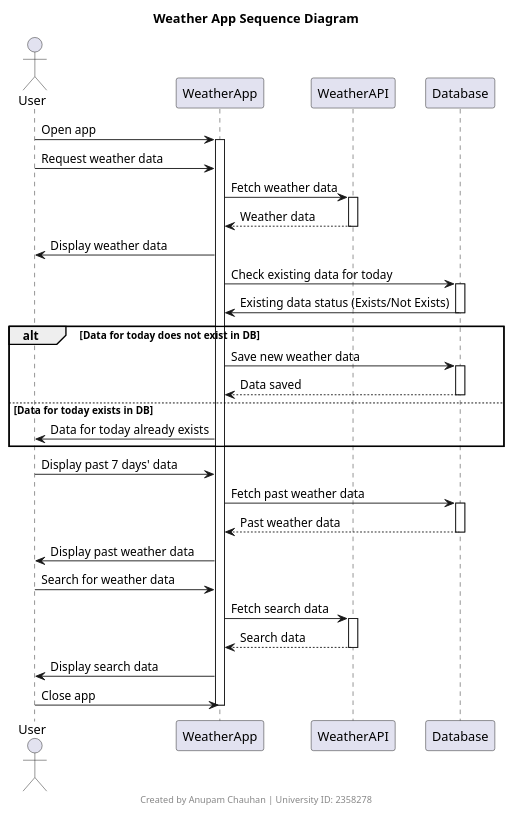
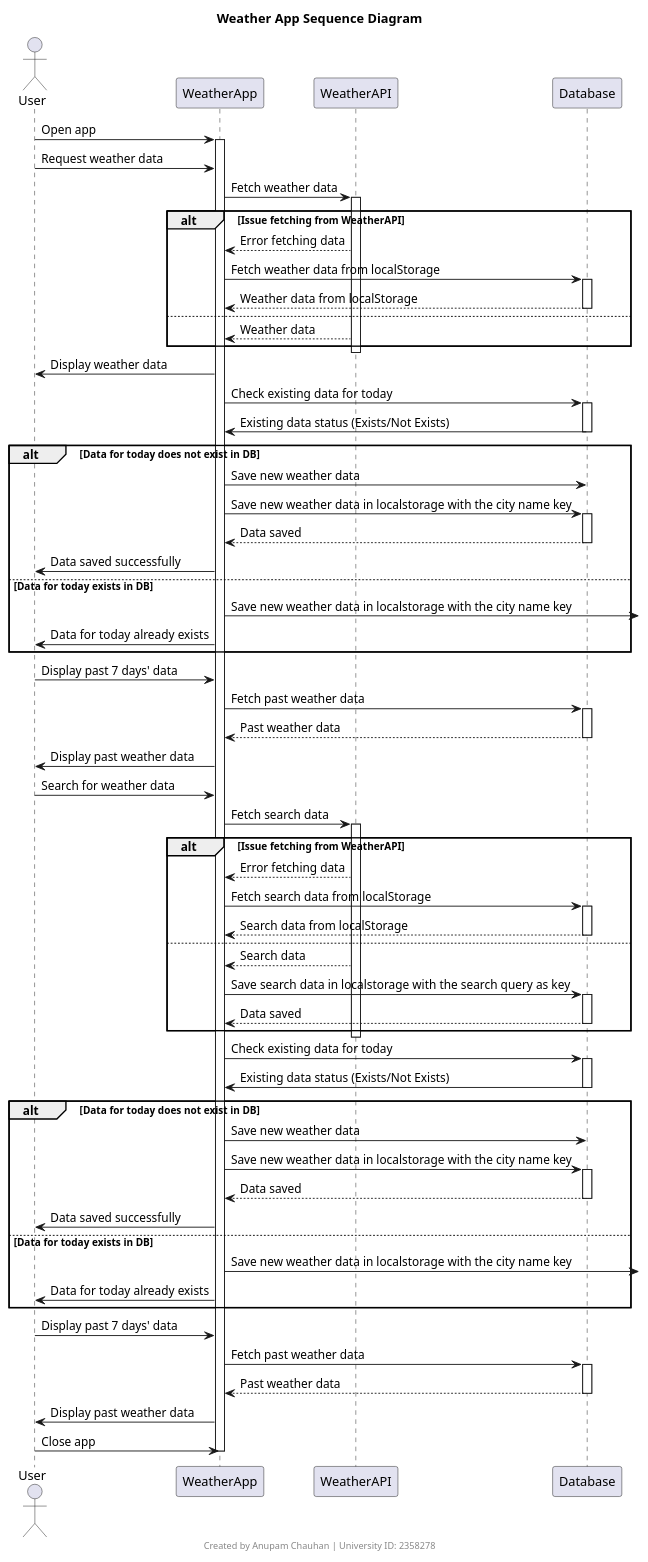
One commit to luckyklyist/WeatherAPP-ISA-SEM-2 changed the diagram in uml/seq.puml. Above: the diagram before and after it, drawn with PlantUML. The commit also changed 2 other files, not shown here.

Commit message:
uml updated

```diff
--- a/uml/seq.puml
+++ b/uml/seq.puml
@@ -1,53 +1,107 @@
 @startuml
 title Weather App Sequence Diagram
 footer Created by Anupam Chauhan | University ID: 2358278
 
 actor User
 participant WeatherApp
 participant WeatherAPI
 participant Database
 
 User -> WeatherApp: Open app
 activate WeatherApp
 
 User -> WeatherApp: Request weather data
 WeatherApp -> WeatherAPI: Fetch weather data
 activate WeatherAPI
-WeatherAPI --> WeatherApp: Weather data
+
+alt Issue fetching from WeatherAPI
+    WeatherAPI --> WeatherApp: Error fetching data
+    WeatherApp -> Database: Fetch weather data from localStorage
+    activate Database
+    Database --> WeatherApp: Weather data from localStorage
+    deactivate Database
+else
+    WeatherAPI --> WeatherApp: Weather data
+end
 deactivate WeatherAPI
 
 WeatherApp -> User: Display weather data
 
 WeatherApp -> Database: Check existing data for today
 activate Database
 Database -> WeatherApp: Existing data status (Exists/Not Exists)
 deactivate Database
 
 alt Data for today does not exist in DB
     WeatherApp -> Database: Save new weather data
+    WeatherApp -> Database: Save new weather data in localstorage with the city name key
     activate Database
     Database --> WeatherApp: Data saved
     deactivate Database
+
+    WeatherApp -> User: Data saved successfully
+
 else Data for today exists in DB
+    WeatherApp ->: Save new weather data in localstorage with the city name key
     WeatherApp -> User: Data for today already exists
 end
 
 User -> WeatherApp: Display past 7 days' data
 WeatherApp -> Database: Fetch past weather data
 activate Database
 Database --> WeatherApp: Past weather data
 deactivate Database
 
 WeatherApp -> User: Display past weather data
 
 User -> WeatherApp: Search for weather data
 WeatherApp -> WeatherAPI: Fetch search data
 activate WeatherAPI
-WeatherAPI --> WeatherApp: Search data
+
+alt Issue fetching from WeatherAPI
+    WeatherAPI --> WeatherApp: Error fetching data
+    WeatherApp -> Database: Fetch search data from localStorage
+    activate Database
+    Database --> WeatherApp: Search data from localStorage
+    deactivate Database
+else
+    WeatherAPI --> WeatherApp: Search data
+    WeatherApp -> Database: Save search data in localstorage with the search query as key
+    activate Database
+    Database --> WeatherApp: Data saved
+    deactivate Database
+end
 deactivate WeatherAPI
 
-WeatherApp -> User: Display search data
+WeatherApp -> Database: Check existing data for today
+activate Database
+Database -> WeatherApp: Existing data status (Exists/Not Exists)
+deactivate Database
+
+alt Data for today does not exist in DB
+    WeatherApp -> Database: Save new weather data
+    WeatherApp -> Database: Save new weather data in localstorage with the city name key
+    activate Database
+    Database --> WeatherApp: Data saved
+    deactivate Database
+
+    WeatherApp -> User: Data saved successfully
+
+else Data for today exists in DB
+    WeatherApp ->: Save new weather data in localstorage with the city name key
+    WeatherApp -> User: Data for today already exists
+end
+
+User -> WeatherApp: Display past 7 days' data
+WeatherApp -> Database: Fetch past weather data
+activate Database
+Database --> WeatherApp: Past weather data
+deactivate Database
+
+WeatherApp -> User: Display past weather data
+
+
 
 User -> WeatherApp: Close app
 deactivate WeatherApp
 @enduml
```
